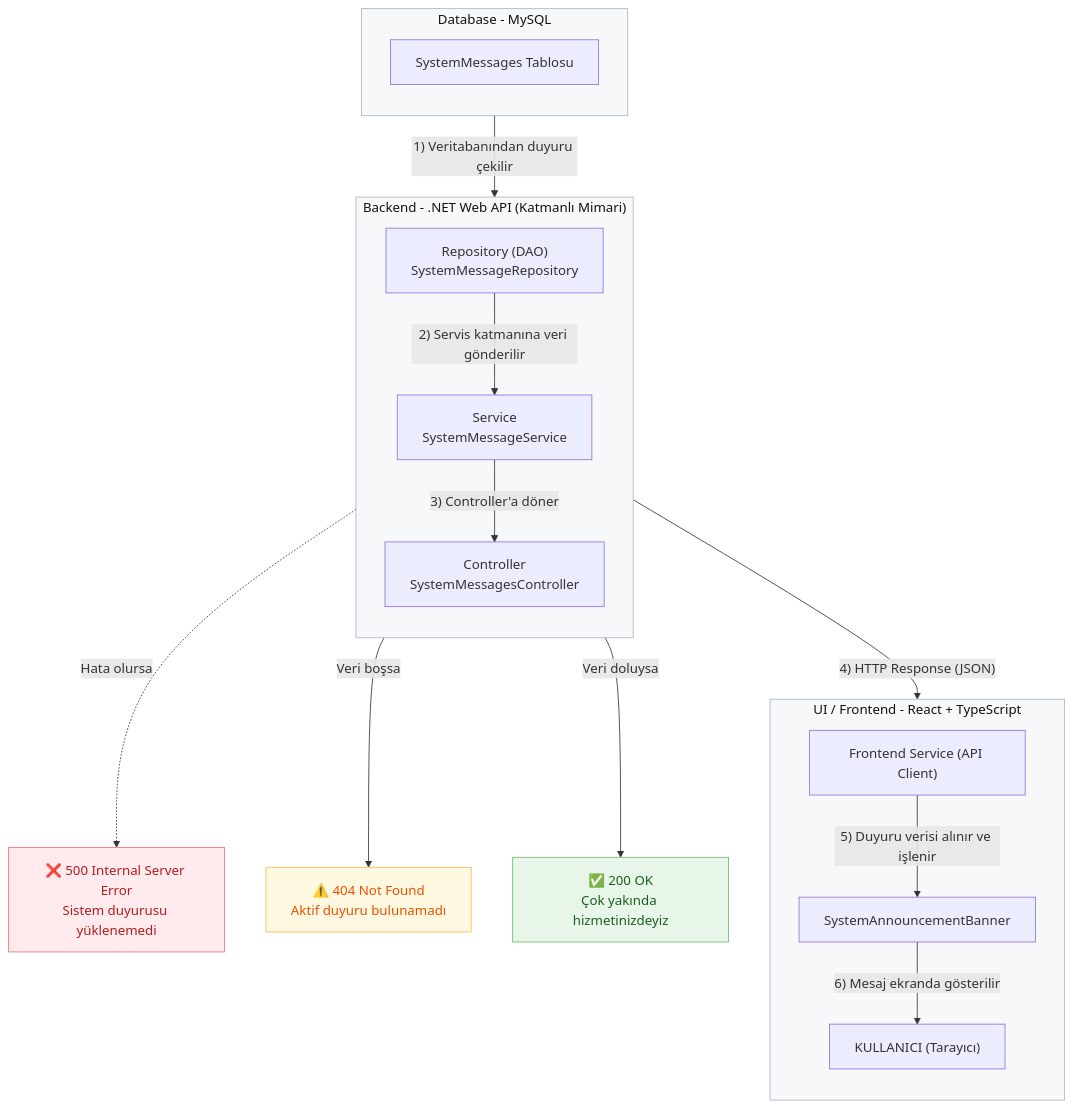
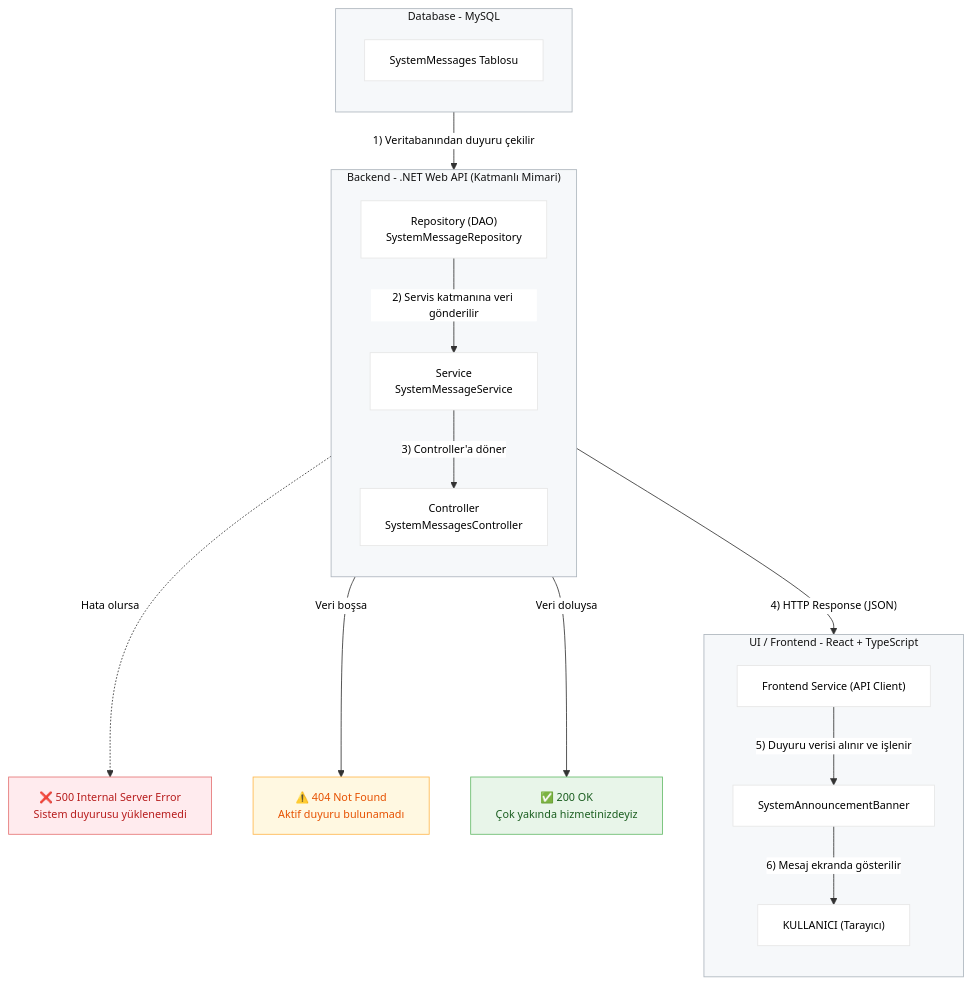
One commit to bugbusterssquad/bugbusters-squad-project changed the diagram in docs/mimari_ozet.md. Above: the diagram before and after it, drawn with Mermaid.

````diff
--- a/docs/mimari_ozet.md
+++ b/docs/mimari_ozet.md
@@ -32,49 +32,42 @@
 ```mermaid
+%%{init: {"theme": "base", "themeVariables": { "background": "white", "primaryColor": "#ffffff", "edgeLabelBackground": "#ffffff", "tertiaryColor": "#ffffff", "fontSize": "13px", "lineColor": "#333333", "primaryTextColor": "#000000"}}}%%
 flowchart TB
-  %% === Sprint 0 Dikey Akış (DB → API → UI) ===
-
-  %% --- Database ---
   subgraph DB["Database - MySQL"]
     direction TB
     TBL["SystemMessages Tablosu"]
   end
 
-  %% --- Backend ---
   subgraph BE["Backend - .NET Web API (Katmanlı Mimari)"]
     direction TB
     REPO["Repository (DAO)<br/>SystemMessageRepository"]
     SRV["Service<br/>SystemMessageService"]
     CTRL["Controller<br/>SystemMessagesController"]
   end
 
-  %% --- UI / Frontend ---
   subgraph UI["UI / Frontend - React + TypeScript"]
     direction TB
     FSVC["Frontend Service (API Client)"]
     BNR["SystemAnnouncementBanner"]
     U["KULLANICI (Tarayıcı)"]
   end
 
-  %% --- Veri Akışı ---
   TBL -->|"1) Veritabanından duyuru çekilir"| REPO
   REPO -->|"2) Servis katmanına veri gönderilir"| SRV
   SRV -->|"3) Controller'a döner"| CTRL
   CTRL -->|"4) HTTP Response (JSON)"| FSVC
   FSVC -->|"5) Duyuru verisi alınır ve işlenir"| BNR
   BNR -->|"6) Mesaj ekranda gösterilir"| U
 
-  %% --- Karar Noktası ve Durumlar ---
   REPO -.->|Hata olursa| ERR["❌ 500 Internal Server Error<br/>Sistem duyurusu yüklenemedi"]
   SRV -->|"Veri boşsa"| NF["⚠️ 404 Not Found<br/>Aktif duyuru bulunamadı"]
   SRV -->|"Veri doluysa"| OK["✅ 200 OK<br/>Çok yakında hizmetinizdeyiz"]
 
-  %% --- Stil ---
   classDef layer fill:#f6f8fa,stroke:#adb5bd,stroke-width:1px,color:#111;
   classDef ok fill:#e8f5e9,stroke:#66bb6a,color:#1b5e20;
   classDef nf fill:#fff8e1,stroke:#ffb74d,color:#e65100;
   classDef err fill:#ffebee,stroke:#e57373,color:#b71c1c;
   class UI,BE,DB layer;
   class OK ok;
   class NF nf;
   class ERR err;
 ```
````
